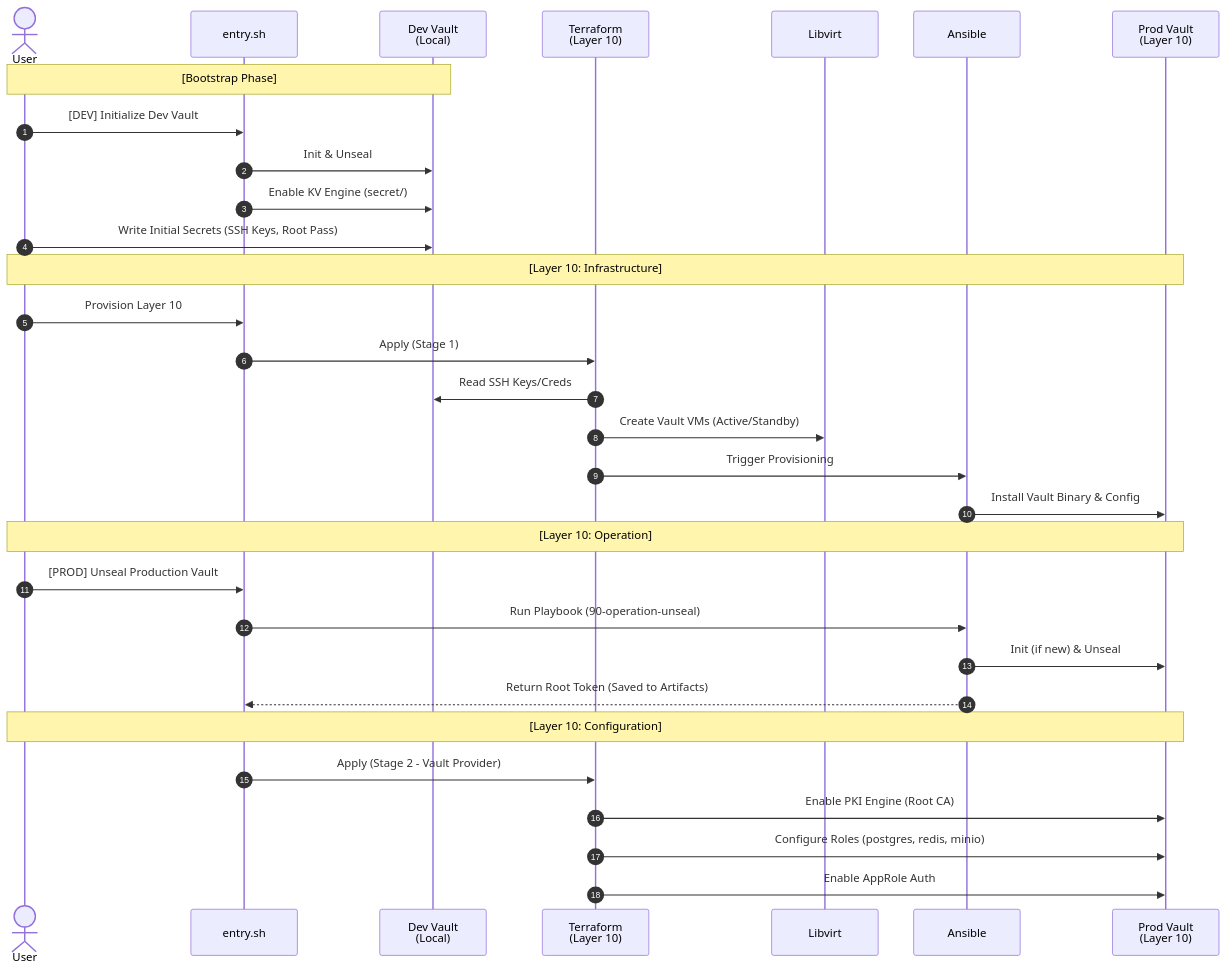
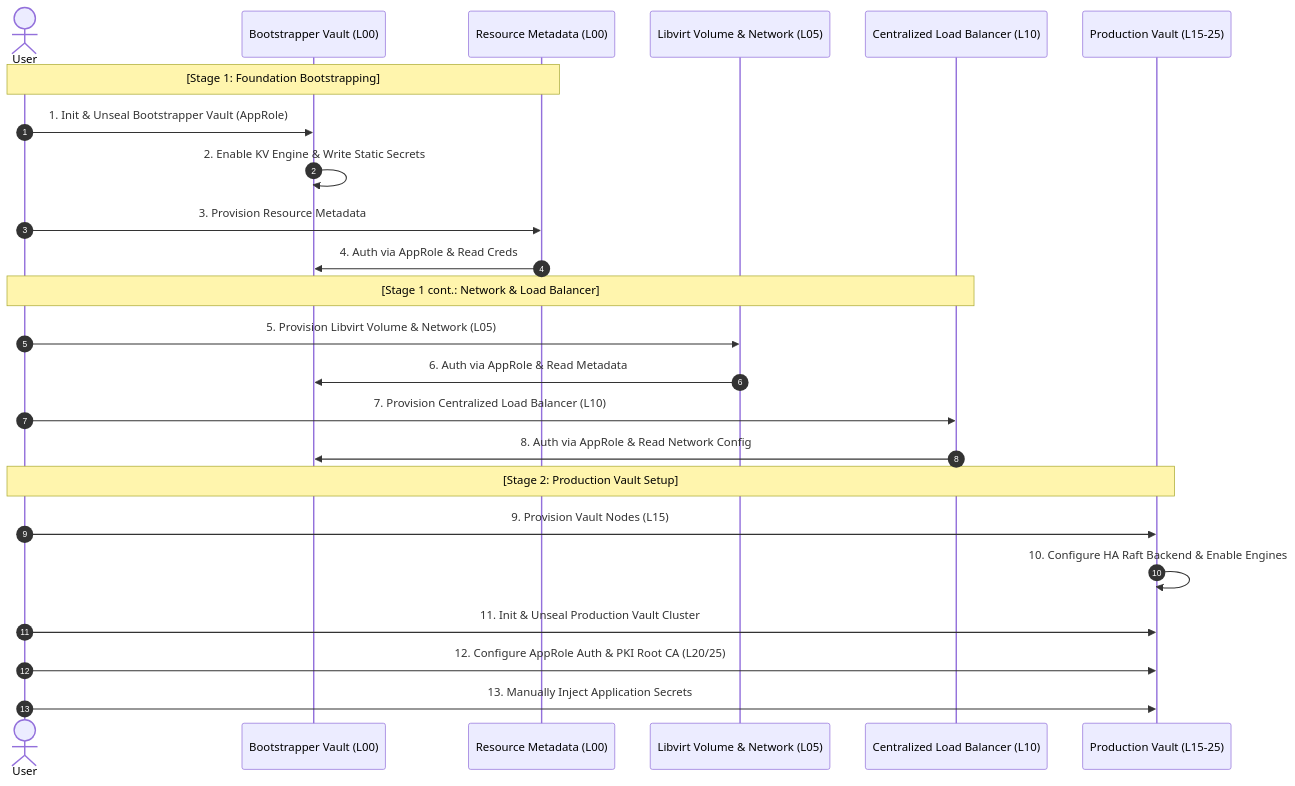
One commit to csning1998/on-premise-gitlab-deployment changed the first of 2 diagrams in README-zh-TW.md. Above: the diagram before and after it, drawn with Mermaid. The commit also changed other lines of this file and 3 other files, not shown here.

````diff
--- a/README-zh-TW.md
+++ b/README-zh-TW.md
@@ -741,41 +784,29 @@
     ```mermaid
     sequenceDiagram
         autonumber
         actor User
-        participant Entry as entry.sh
-        participant DevVault as Dev Vault<br>(Local)
-        participant TF as Terraform<br>(Layer 10)
-        participant Libvirt
-        participant Ansible
-        participant ProdVault as Prod Vault<br>(Layer 10)
+        participant Boot as Bootstrapper Vault (L00)
+        participant Meta as Resource Metadata (L00)
+        participant LV as Libvirt Volume & Network (L05)
+        participant LB as Centralized Load Balancer (L10)
+        participant Prod as Production Vault (L15-25)
 
-        %% Step 1: Bootstrap
-        Note over User, DevVault: [Bootstrap Phase]
-        User->>Entry: [DEV] Initialize Dev Vault
-        Entry->>DevVault: Init & Unseal
-        Entry->>DevVault: Enable KV Engine (secret/)
-        User->>DevVault: Write Initial Secrets (SSH Keys, Root Pass)
+        Note over User, Meta: [Stage 1: Foundation Bootstrapping]
+        User->>Boot: 1. Init & Unseal Bootstrapper Vault (AppRole)
+        Boot->>Boot: 2. Enable KV Engine & Write Static Secrets
+        User->>Meta: 3. Provision Resource Metadata
+        Meta->>Boot: 4. Auth via AppRole & Read Creds
 
-        %% Step 2: Infrastructure
-        Note over User, ProdVault: [Layer 10: Infrastructure]
-        User->>Entry: Provision Layer 10
-        Entry->>TF: Apply (Stage 1)
-        TF->>DevVault: Read SSH Keys/Creds
-        TF->>Libvirt: Create Vault VMs (Active/Standby)
-        TF->>Ansible: Trigger Provisioning
-        Ansible->>ProdVault: Install Vault Binary & Config
+        Note over User, LB: [Stage 1 cont.: Network & Load Balancer]
+        User->>LV: 5. Provision Libvirt Volume & Network (L05)
+        LV->>Boot: 6. Auth via AppRole & Read Metadata
+        User->>LB: 7. Provision Centralized Load Balancer (L10)
+        LB->>Boot: 8. Auth via AppRole & Read Network Config
 
-        %% Step 3: Operation
-        Note over User, ProdVault: [Layer 10: Operation]
-        User->>Entry: [PROD] Unseal Production Vault
-        Entry->>Ansible: Run Playbook (90-operation-unseal)
-        Ansible->>ProdVault: Init (if new) & Unseal
-        Ansible-->>Entry: Return Root Token (Saved to Artifacts)
-
-        %% Step 4: Configuration
-        Note over User, ProdVault: [Layer 10: Configuration]
-        Entry->>TF: Apply (Stage 2 - Vault Provider)
-        TF->>ProdVault: Enable PKI Engine (Root CA)
-        TF->>ProdVault: Configure Roles (postgres, redis, minio)
-        TF->>ProdVault: Enable AppRole Auth
+        Note over User, Prod: [Stage 2: Production Vault Setup]
+        User->>Prod: 9. Provision Vault Nodes (L15)
+        Prod->>Prod: 10. Configure HA Raft Backend & Enable Engines
+        User->>Prod: 11. Init & Unseal Production Vault Cluster
+        User->>Prod: 12. Configure AppRole Auth & PKI Root CA (L20/25)
+        User->>Prod: 13. Manually Inject Application Secrets
     ```
````
